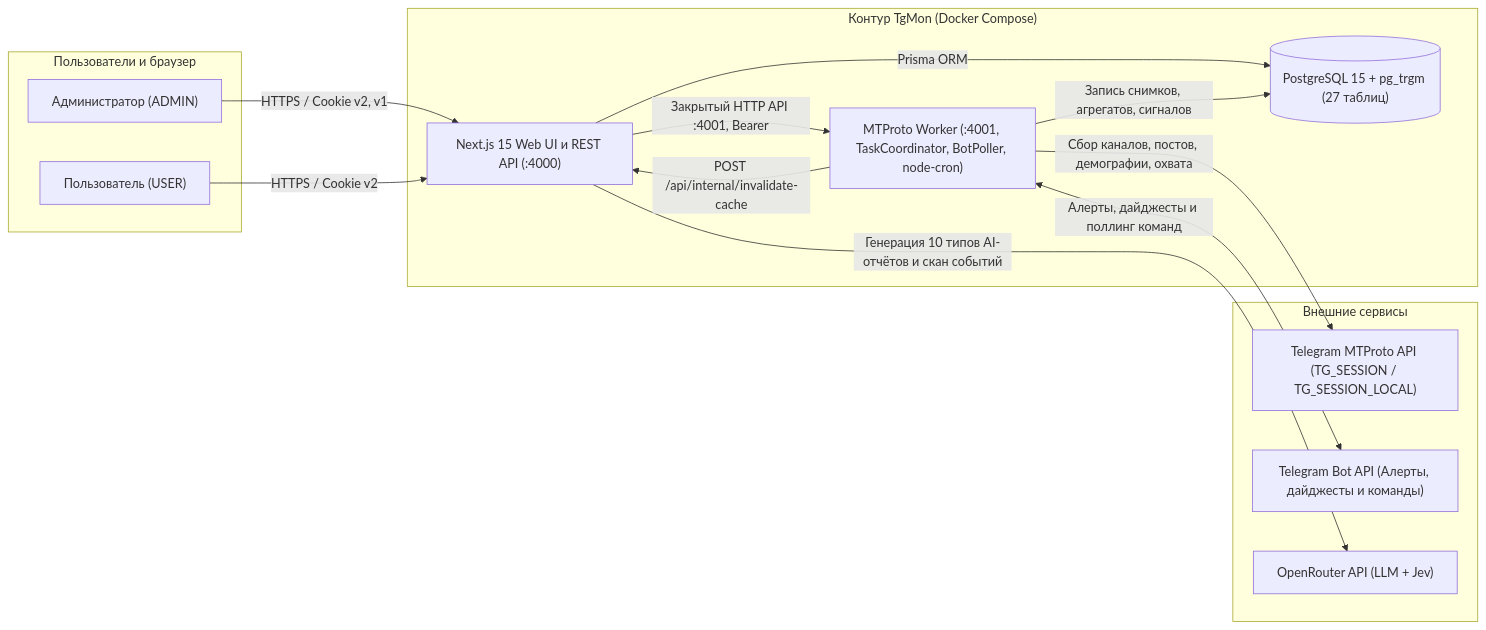
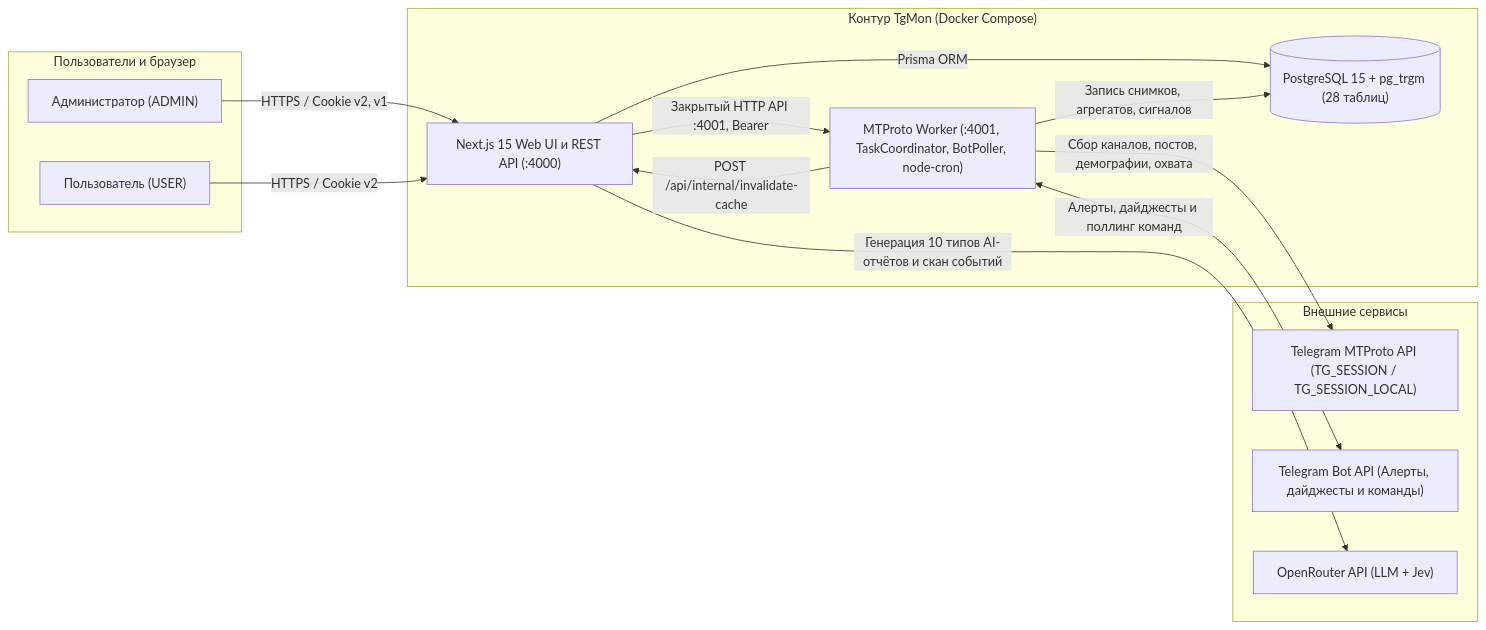
One commit to liquidsyntes/tg_mons changed the diagram in README.md. Above: the diagram before and after it, drawn with Mermaid. The commit also changed 28 other files, not shown here.

````diff
--- a/README.md
+++ b/README.md
@@ -11,29 +11,29 @@
 ```mermaid
 flowchart LR
     subgraph Clients["Пользователи и браузер"]
         Admin["Администратор (ADMIN)"]
         User["Пользователь (USER)"]
     end
 
     subgraph TgMon["Контур TgMon (Docker Compose)"]
         Web["Next.js 15 Web UI и REST API (:4000)"]
-        DB[("PostgreSQL 15 + pg_trgm (27 таблиц)")]
+        DB[("PostgreSQL 15 + pg_trgm (28 таблиц)")]
         Worker["MTProto Worker (:4001, TaskCoordinator, BotPoller, node-cron)"]
     end
 
     subgraph External["Внешние сервисы"]
         TG["Telegram MTProto API (TG_SESSION / TG_SESSION_LOCAL)"]
         Bot["Telegram Bot API (Алерты, дайджесты и команды)"]
         OR["OpenRouter API (LLM + Jev)"]
     end
 
     Admin -->|"HTTPS / Cookie v2, v1"| Web
     User -->|"HTTPS / Cookie v2"| Web
     Web -->|"Prisma ORM"| DB
     Web -->|"Генерация 10 типов AI-отчётов и скан событий"| OR
     Web -->|"Закрытый HTTP API :4001, Bearer"| Worker
     Worker -->|"Сбор каналов, постов, демографии, охвата"| TG
     Worker -->|"Запись снимков, агрегатов, сигналов"| DB
     Worker -->|"POST /api/internal/invalidate-cache"| Web
     Worker <-->|"Алерты, дайджесты и поллинг команд"| Bot
 ```
````
